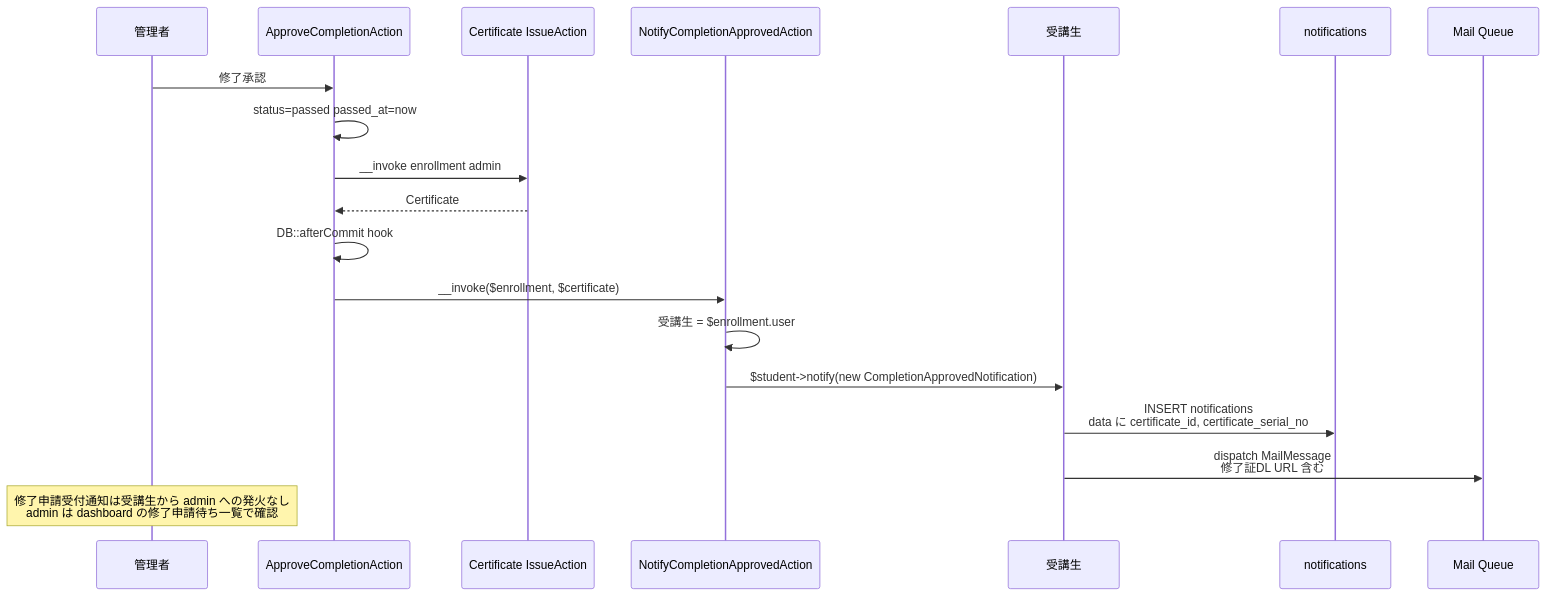
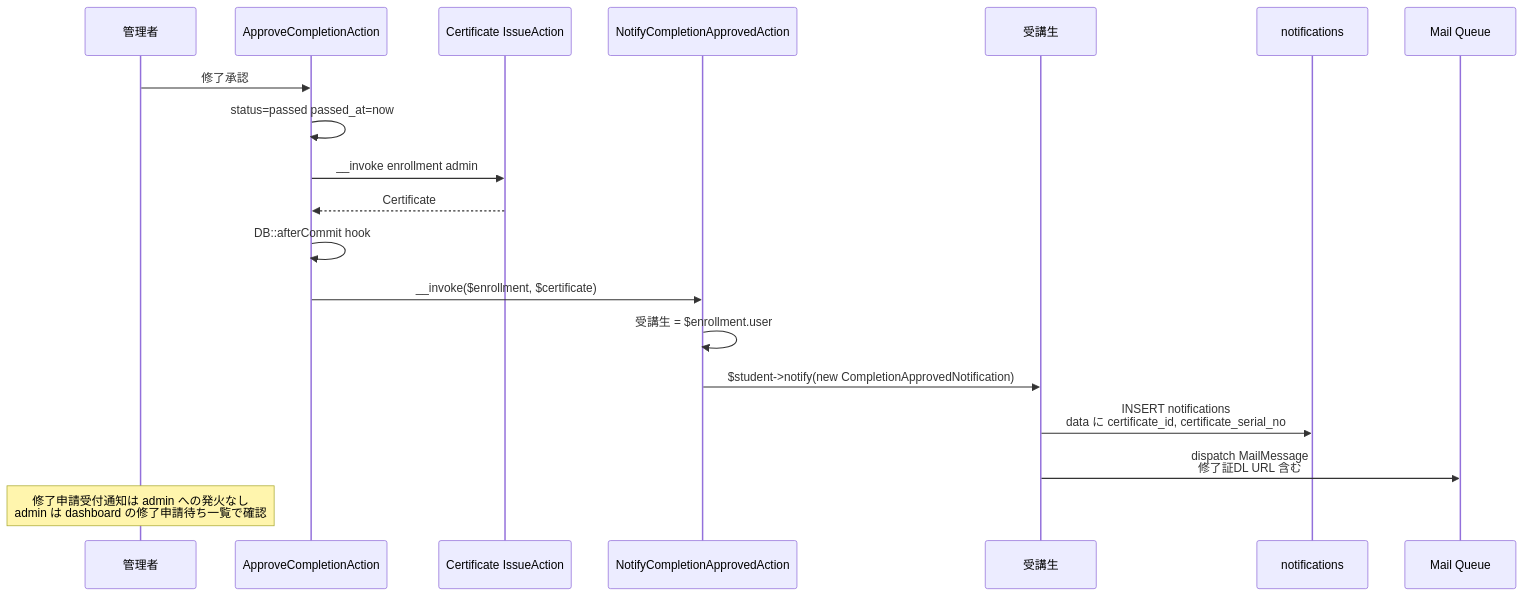
One commit to coachtech-mockcase-second/ExampleAnswer-mockcase-CertifyLMS changed the fifth of 12 diagrams in docs/specs/notification/design.md. Above: the diagram before and after it, drawn with Mermaid. The commit also changed other lines of this file and 17 other files, not shown here.

````diff
--- a/docs/specs/notification/design.md
+++ b/docs/specs/notification/design.md
@@ -127,23 +131,23 @@
 ```mermaid
 sequenceDiagram
     participant Admin as 管理者
     participant ACA as ApproveCompletionAction
     participant ICA as Certificate IssueAction
     participant NotifyApp as NotifyCompletionApprovedAction
     participant Student as 受講生
     participant DB as notifications
     participant Mail as Mail Queue
 
     Admin->>ACA: 修了承認
     ACA->>ACA: status=passed passed_at=now
     ACA->>ICA: __invoke enrollment admin
     ICA-->>ACA: Certificate
     ACA->>ACA: DB::afterCommit hook
     ACA->>NotifyApp: __invoke($enrollment, $certificate)
     NotifyApp->>NotifyApp: 受講生 = $enrollment.user
     NotifyApp->>Student: $student->notify(new CompletionApprovedNotification)
     Student->>DB: INSERT notifications<br/>data に certificate_id, certificate_serial_no
     Student->>Mail: dispatch MailMessage<br/>修了証DL URL 含む
 
-    Note over Admin: 修了申請受付通知は受講生から admin への発火なし<br/>admin は dashboard の修了申請待ち一覧で確認
+    Note over Admin: 修了申請受付通知は admin への発火なし<br/>admin は dashboard の修了申請待ち一覧で確認
 ```
````
